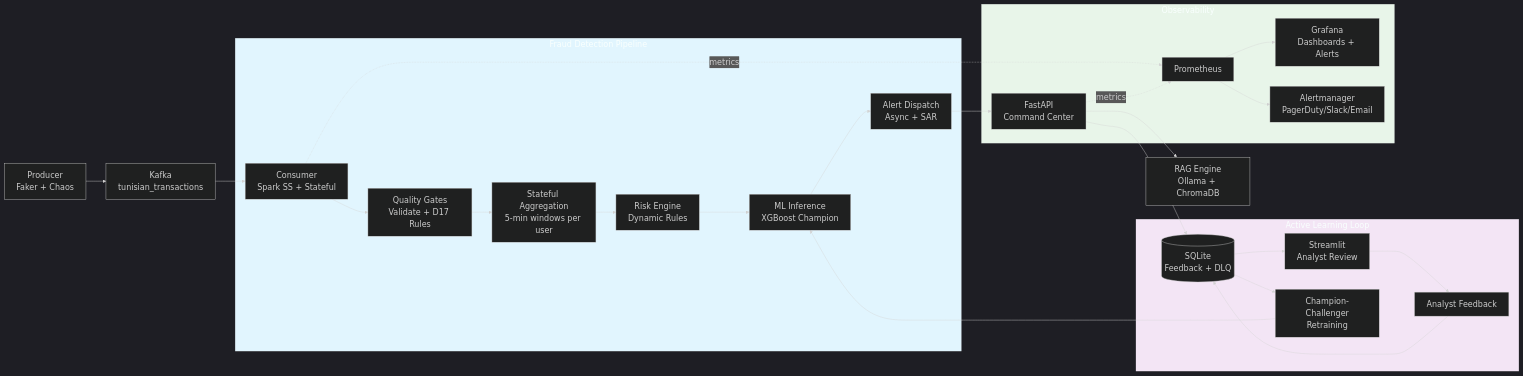
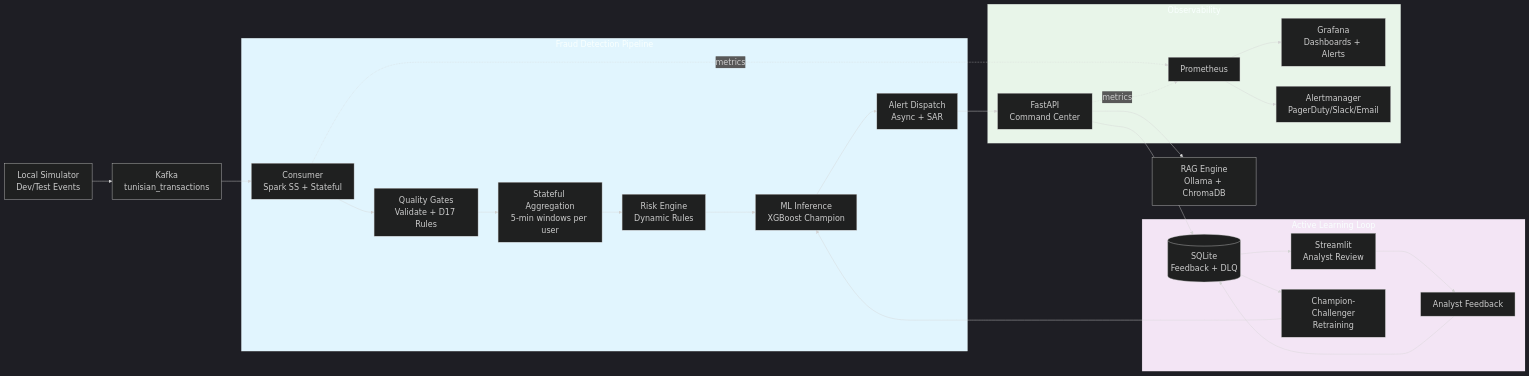
One commit to ReguiguiMohamed/hybrid-real-time-fraud-detection-tunisia changed the first of 4 diagrams in README.md. Above: the diagram before and after it, drawn with Mermaid. The commit also changed other lines of this file and 12 other files, not shown here.

````diff
--- a/README.md
+++ b/README.md
@@ -11,37 +11,37 @@
 ```mermaid
 %%{init: {'theme': 'dark', 'themeVariables': { 'fontSize': '20px'}}}%%
 flowchart LR
-    Prod[Producer\nFaker + Chaos] --> Kafka[Kafka\ntunisian_transactions]
+    Prod[Local Simulator\nDev/Test Events] --> Kafka[Kafka\ntunisian_transactions]
     Kafka --> CG[Consumer\nSpark SS + Stateful]
 
     subgraph Pipeline["Fraud Detection Pipeline"]
         CG --> QG[Quality Gates\nValidate + D17 Rules]
         QG --> SA[Stateful Aggregation\n5-min windows per user]
         SA --> RS[Risk Engine\nDynamic Rules]
         RS --> ML[ML Inference\nXGBoost Champion]
         ML --> AP[Alert Dispatch\nAsync + SAR]
     end
 
     AP --> API[FastAPI\nCommand Center]
     API --> DB[(SQLite\nFeedback + DLQ)]
     API --> RAG[RAG Engine\nOllama + ChromaDB]
 
     subgraph Loop["Active Learning Loop"]
         DB --> Dash[Streamlit\nAnalyst Review]
         Dash --> FB[Analyst Feedback]
         FB --> DB
         DB --> Retrain[Champion-Challenger\nRetraining]
         Retrain --> ML
     end
 
     subgraph Monitor["Observability"]
         CG -. metrics .-> Prom[Prometheus]
         API -. metrics .-> Prom
         Prom --> Grafana[Grafana\nDashboards + Alerts]
         Prom --> AM[Alertmanager\nPagerDuty/Slack/Email]
     end
 
     style Pipeline fill:#e1f5fe
     style Loop fill:#f3e5f5
     style Monitor fill:#e8f5e9
 ```
````
